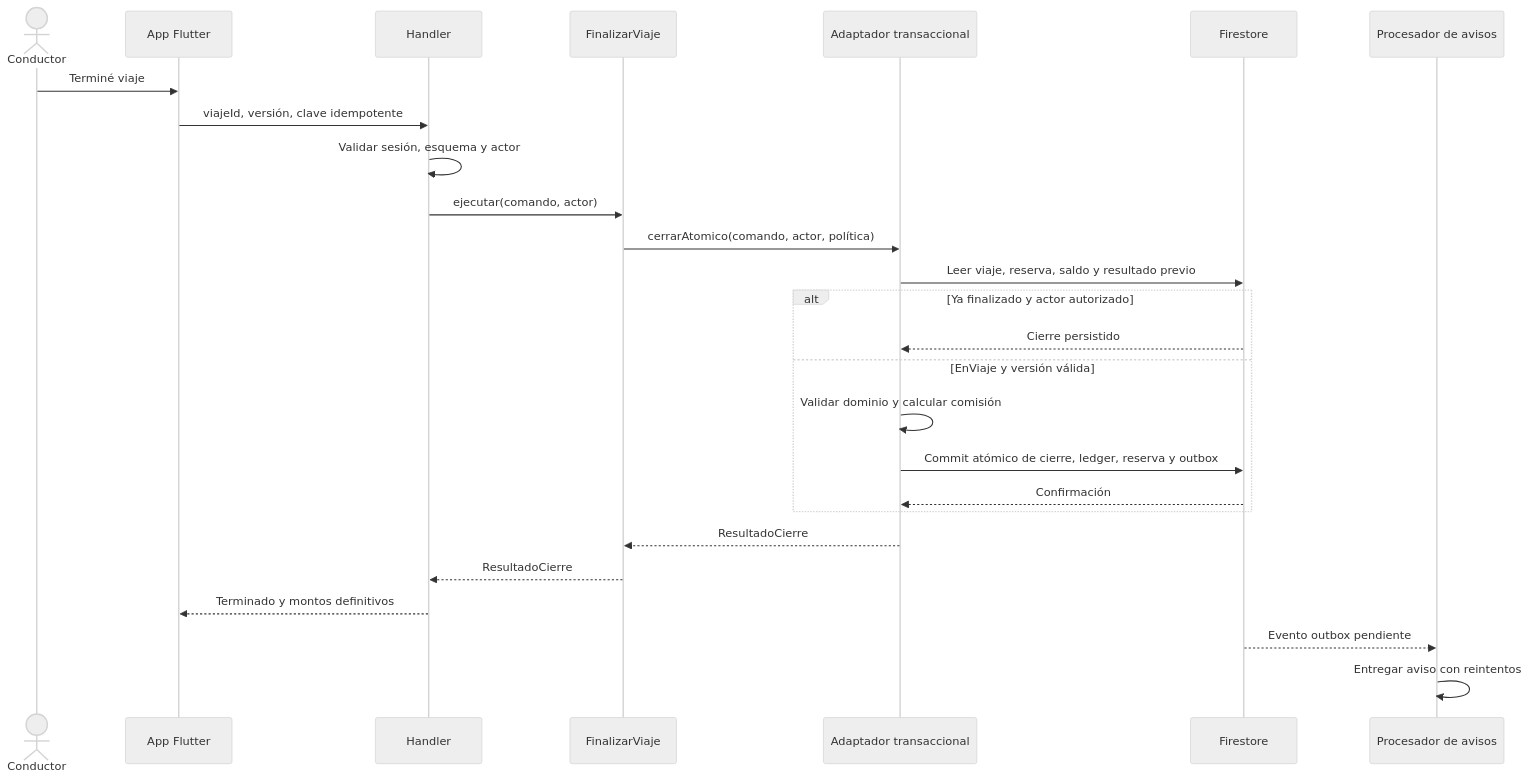
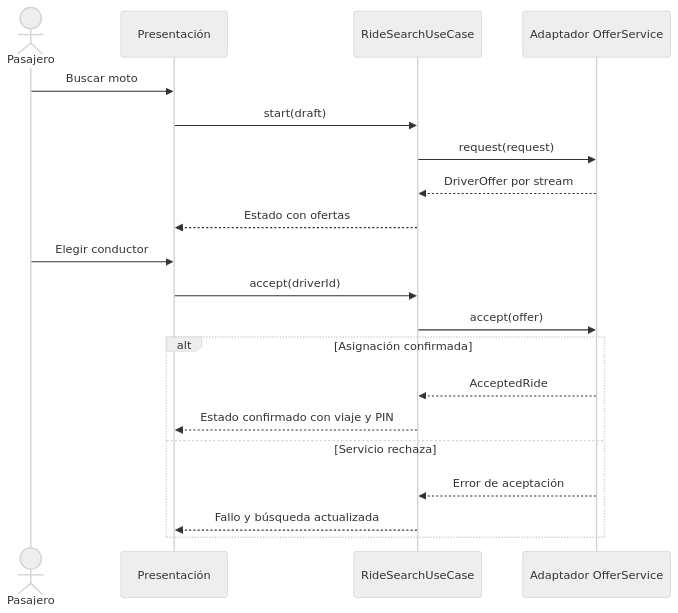
The second of 2 diagrams in docs/04-modelo-c4/nivel4-codigo.md (ademir-tec/Sprint01-MotoYa), drawn with Mermaid (neutral theme) before and after one commit. The commit also changed other lines of this file, not shown here.

````diff
--- a/docs/04-modelo-c4/nivel4-codigo.md
+++ b/docs/04-modelo-c4/nivel4-codigo.md
@@ -50,28 +38,22 @@
 ```mermaid
 sequenceDiagram
-  actor C as Conductor
-  participant A as App Flutter
-  participant H as Handler
-  participant U as FinalizarViaje
-  participant T as Adaptador transaccional
-  participant D as Firestore
-  participant W as Procesador de avisos
-  C->>A: Terminé viaje
-  A->>H: viajeId, versión, clave idempotente
-  H->>H: Validar sesión, esquema y actor
-  H->>U: ejecutar(comando, actor)
-  U->>T: cerrarAtomico(comando, actor, política)
-  T->>D: Leer viaje, reserva, saldo y resultado previo
-  alt Ya finalizado y actor autorizado
-    D-->>T: Cierre persistido
-  else EnViaje y versión válida
-    T->>T: Validar dominio y calcular comisión
-    T->>D: Commit atómico de cierre, ledger, reserva y outbox
-    D-->>T: Confirmación
+  actor P as Pasajero
+  participant UI as Presentación
+  participant CU as RideSearchUseCase
+  participant S as Adaptador OfferService
+  P->>UI: Buscar moto
+  UI->>CU: start(draft)
+  CU->>S: request(request)
+  S-->>CU: DriverOffer por stream
+  CU-->>UI: Estado con ofertas
+  P->>UI: Elegir conductor
+  UI->>CU: accept(driverId)
+  CU->>S: accept(offer)
+  alt Asignación confirmada
+    S-->>CU: AcceptedRide
+    CU-->>UI: Estado confirmado con viaje y PIN
+  else Servicio rechaza
+    S-->>CU: Error de aceptación
+    CU-->>UI: Fallo y búsqueda actualizada
   end
-  T-->>U: ResultadoCierre
-  U-->>H: ResultadoCierre
-  H-->>A: Terminado y montos definitivos
-  D-->>W: Evento outbox pendiente
-  W->>W: Entregar aviso con reintentos
 ```
````
